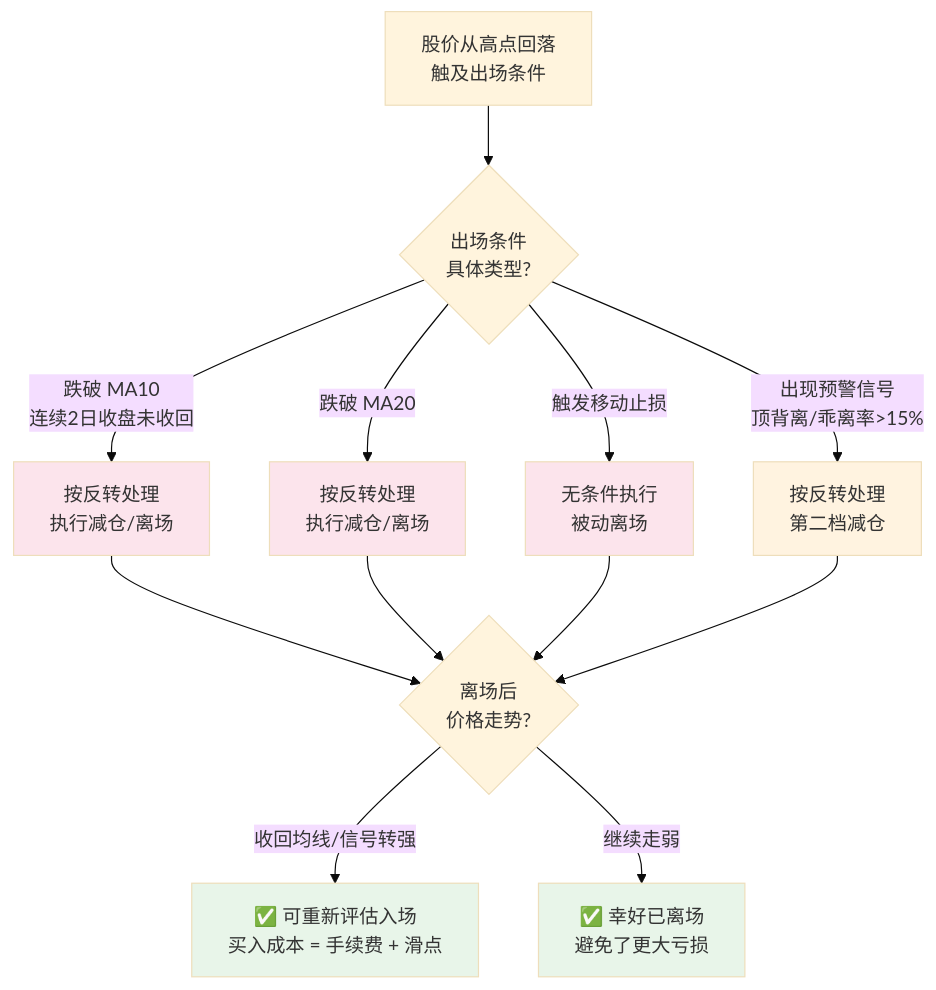
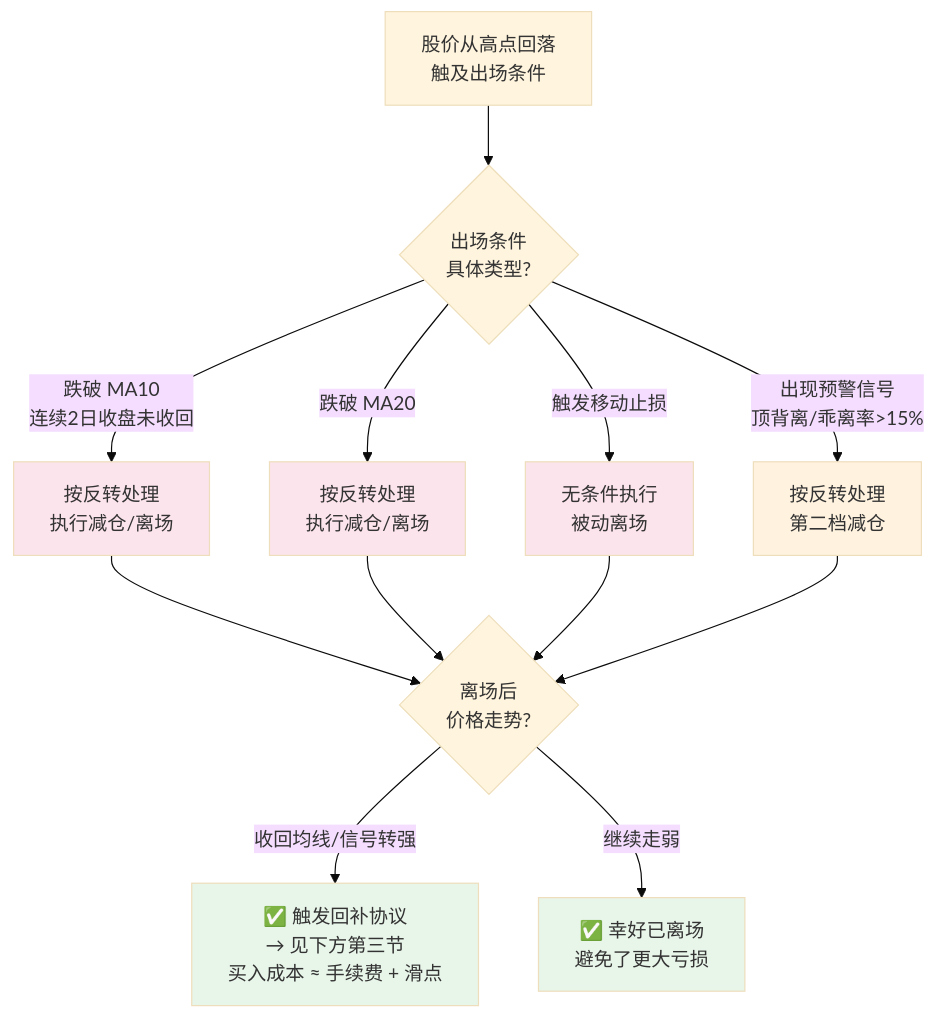
Before and after one commit to yiiewang/yiiewang.github.io: the sixth of 10 diagrams in docs/blog/posts/2026/04/30.md, drawn with Mermaid (base theme). The commit also changed other lines of this file and 1 other file, not shown here.

````diff
--- a/docs/blog/posts/2026/04/30.md
+++ b/docs/blog/posts/2026/04/30.md
@@ -489,24 +516,24 @@
 ```mermaid
 flowchart TD
     A["股价从高点回落<br/>触及出场条件"] --> B{"出场条件<br/>具体类型?"}
-    
+
     B -->|跌破 MA10<br/>连续2日收盘未收回| C1["按反转处理<br/>执行减仓/离场"]
     B -->|跌破 MA20| C2["按反转处理<br/>执行减仓/离场"]
     B -->|触发移动止损| C3["无条件执行<br/>被动离场"]
     B -->|出现预警信号<br/>顶背离/乖离率>15%| C4["按反转处理<br/>第二档减仓"]
-    
+
     C1 --> D{离场后<br/>价格走势?}
     C2 --> D
     C3 --> D
     C4 --> D
-    
-    D -->|收回均线/信号转强| E["✅ 可重新评估入场<br/>买入成本 = 手续费 + 滑点"]
+
+    D -->|收回均线/信号转强| E["✅ 触发回补协议<br/>→ 见下方第三节<br/>买入成本 ≈ 手续费 + 滑点"]
     D -->|继续走弱| F["✅ 幸好已离场<br/>避免了更大亏损"]
-    
+
     style C1 fill:#fce4ec
     style C2 fill:#fce4ec
     style C3 fill:#fce4ec
     style C4 fill:#fff3e0
     style E fill:#e8f5e9
     style F fill:#e8f5e9
 ```
````
